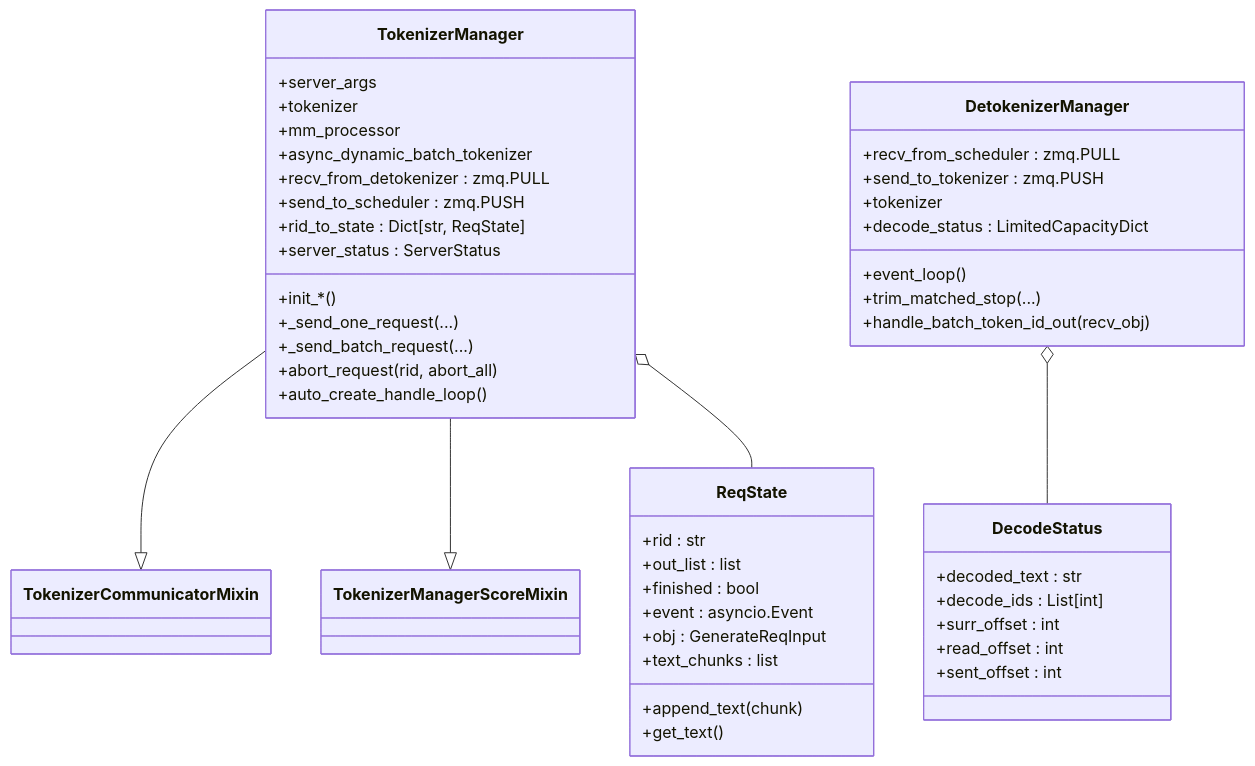
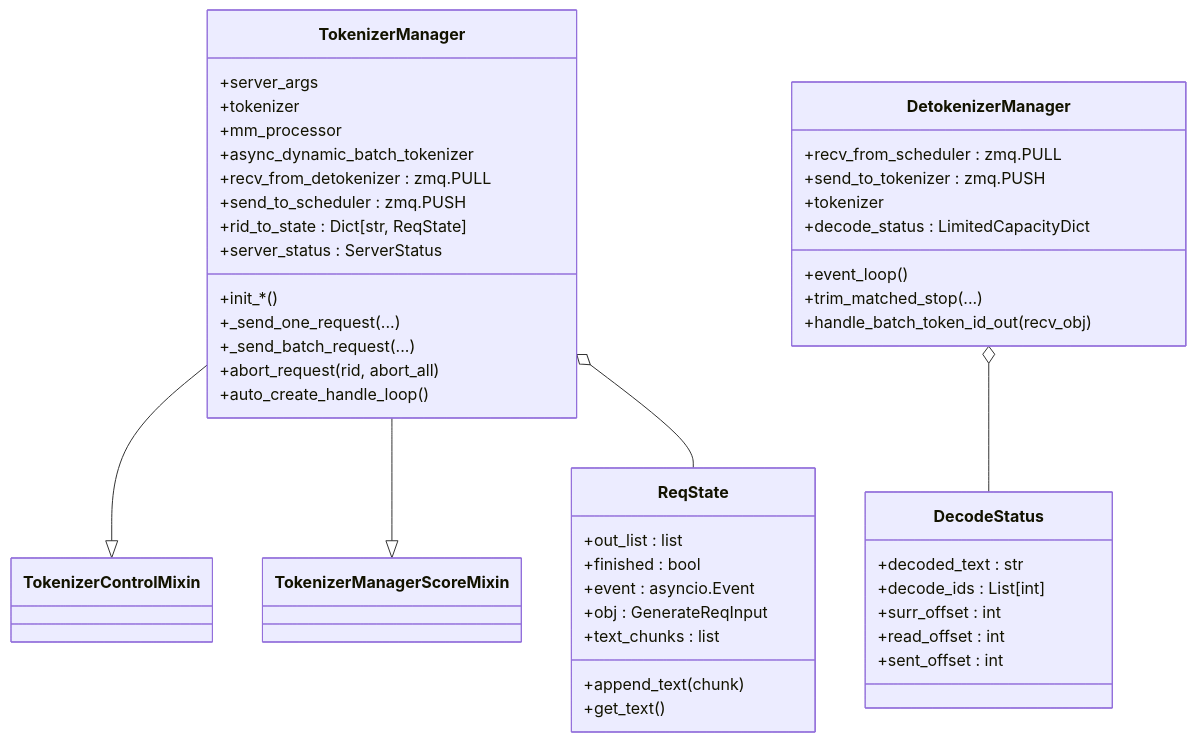
The diagram in sglang/entities/TokenizerManager.md (learning-sketch/wiki), drawn with Mermaid before and after one commit. The commit also changed other lines of this file and 5 other files, not shown here.

````diff
--- a/sglang/entities/TokenizerManager.md
+++ b/sglang/entities/TokenizerManager.md
@@ -29,50 +32,49 @@
 ```mermaid
 classDiagram
     class ReqState {
-        +rid : str
         +out_list : list
         +finished : bool
         +event : asyncio.Event
         +obj : GenerateReqInput
         +text_chunks : list
         +append_text(chunk)
         +get_text()
     }
     class TokenizerManager {
         +server_args
         +tokenizer
         +mm_processor
         +async_dynamic_batch_tokenizer
         +recv_from_detokenizer : zmq.PULL
         +send_to_scheduler : zmq.PUSH
         +rid_to_state : Dict[str, ReqState]
         +server_status : ServerStatus
         +init_*()
         +_send_one_request(...)
         +_send_batch_request(...)
         +abort_request(rid, abort_all)
         +auto_create_handle_loop()
     }
-    class TokenizerCommunicatorMixin
+    class TokenizerControlMixin
     class TokenizerManagerScoreMixin
     class DecodeStatus {
         +decoded_text : str
         +decode_ids : List[int]
         +surr_offset : int
         +read_offset : int
         +sent_offset : int
     }
     class DetokenizerManager {
         +recv_from_scheduler : zmq.PULL
         +send_to_tokenizer : zmq.PUSH
         +tokenizer
         +decode_status : LimitedCapacityDict
         +event_loop()
         +trim_matched_stop(...)
         +handle_batch_token_id_out(recv_obj)
     }
-    TokenizerManager --|> TokenizerCommunicatorMixin
+    TokenizerManager --|> TokenizerControlMixin
     TokenizerManager --|> TokenizerManagerScoreMixin
     TokenizerManager o-- ReqState
     DetokenizerManager o-- DecodeStatus
 ```
````
